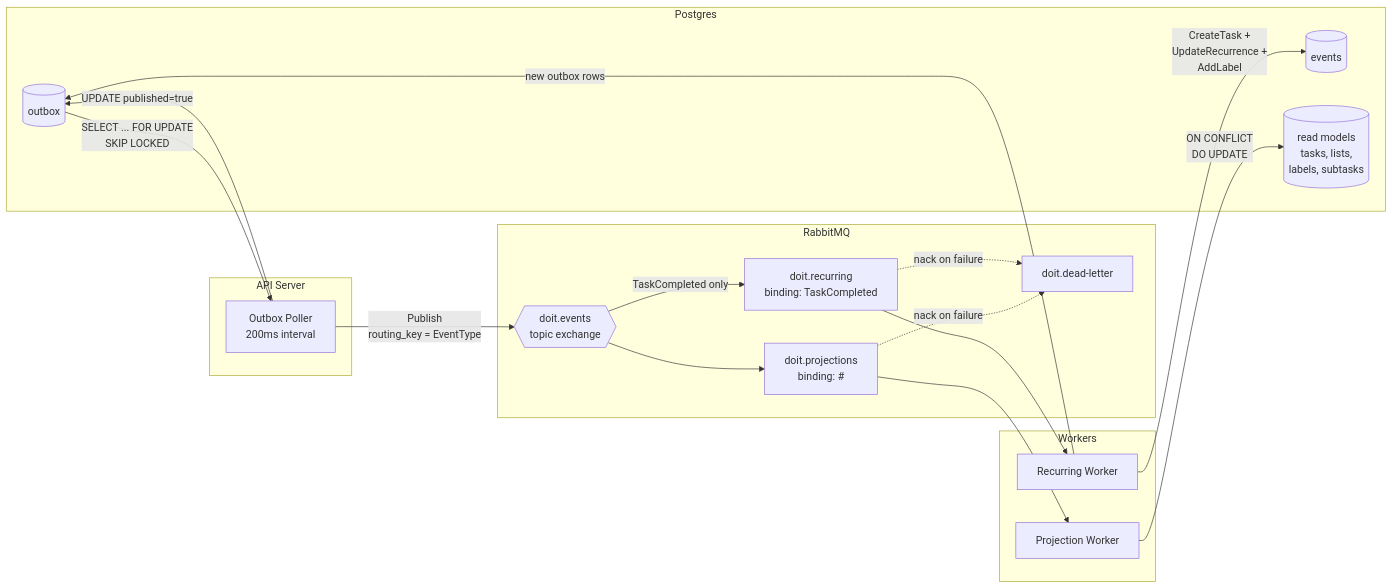
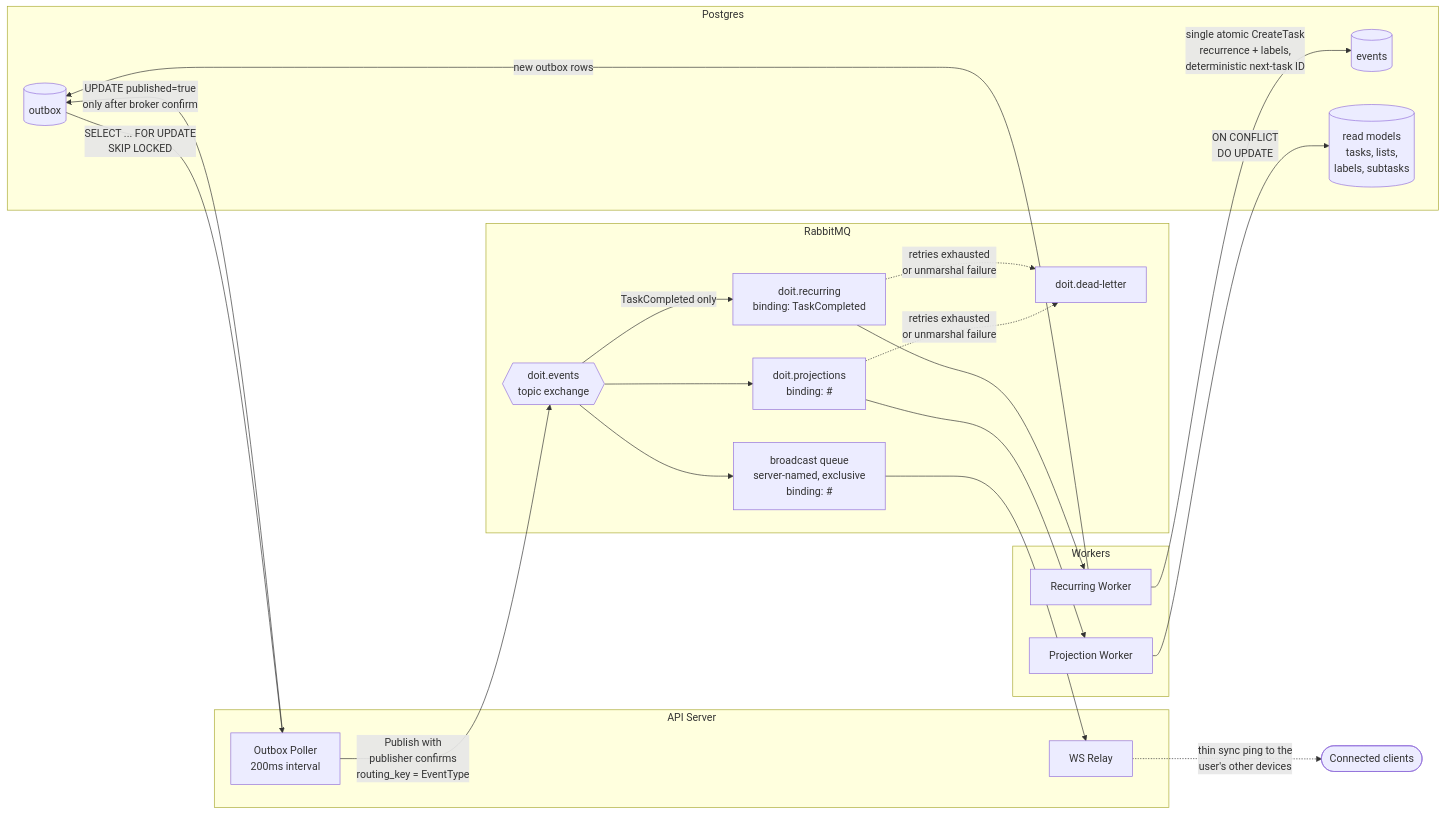
The first of 2 diagrams in docs/diagrams/002-async-pipeline.md (vasi1796/doit), drawn with Mermaid before and after one commit. The commit also changed other lines of this file and 22 other files, not shown here.

````diff
--- a/docs/diagrams/002-async-pipeline.md
+++ b/docs/diagrams/002-async-pipeline.md
@@ -5,37 +5,42 @@
 ```mermaid
 flowchart LR
     subgraph Postgres
         OB[(outbox)]
         ES[(events)]
         RM[(read models<br/>tasks, lists,<br/>labels, subtasks)]
     end
 
     subgraph API Server
         Poller[Outbox Poller<br/>200ms interval]
+        Relay[WS Relay]
     end
 
     subgraph RabbitMQ
         EX{{doit.events<br/>topic exchange}}
         QP[doit.projections<br/>binding: #]
         QR[doit.recurring<br/>binding: TaskCompleted]
+        QB[broadcast queue<br/>server-named, exclusive<br/>binding: #]
         DLQ[doit.dead-letter]
     end
 
     subgraph Workers
         PW[Projection Worker]
         RW[Recurring Worker]
     end
 
     OB -->|SELECT ... FOR UPDATE<br/>SKIP LOCKED| Poller
-    Poller -->|Publish<br/>routing_key = EventType| EX
-    Poller -->|UPDATE published=true| OB
+    Poller -->|Publish with<br/>publisher confirms<br/>routing_key = EventType| EX
+    Poller -->|UPDATE published=true<br/>only after broker confirm| OB
     EX --> QP
     EX -->|TaskCompleted only| QR
+    EX --> QB
     QP --> PW
     QR --> RW
+    QB --> Relay
+    Relay -.->|"thin sync ping to the<br/>user's other devices"| Devices([Connected clients])
     PW -->|ON CONFLICT<br/>DO UPDATE| RM
-    RW -->|CreateTask +<br/>UpdateRecurrence +<br/>AddLabel| ES
+    RW -->|single atomic CreateTask<br/>recurrence + labels,<br/>deterministic next-task ID| ES
     RW -->|new outbox rows| OB
-    QP -.->|nack on failure| DLQ
-    QR -.->|nack on failure| DLQ
+    QP -.->|retries exhausted<br/>or unmarshal failure| DLQ
+    QR -.->|retries exhausted<br/>or unmarshal failure| DLQ
 ```
````
